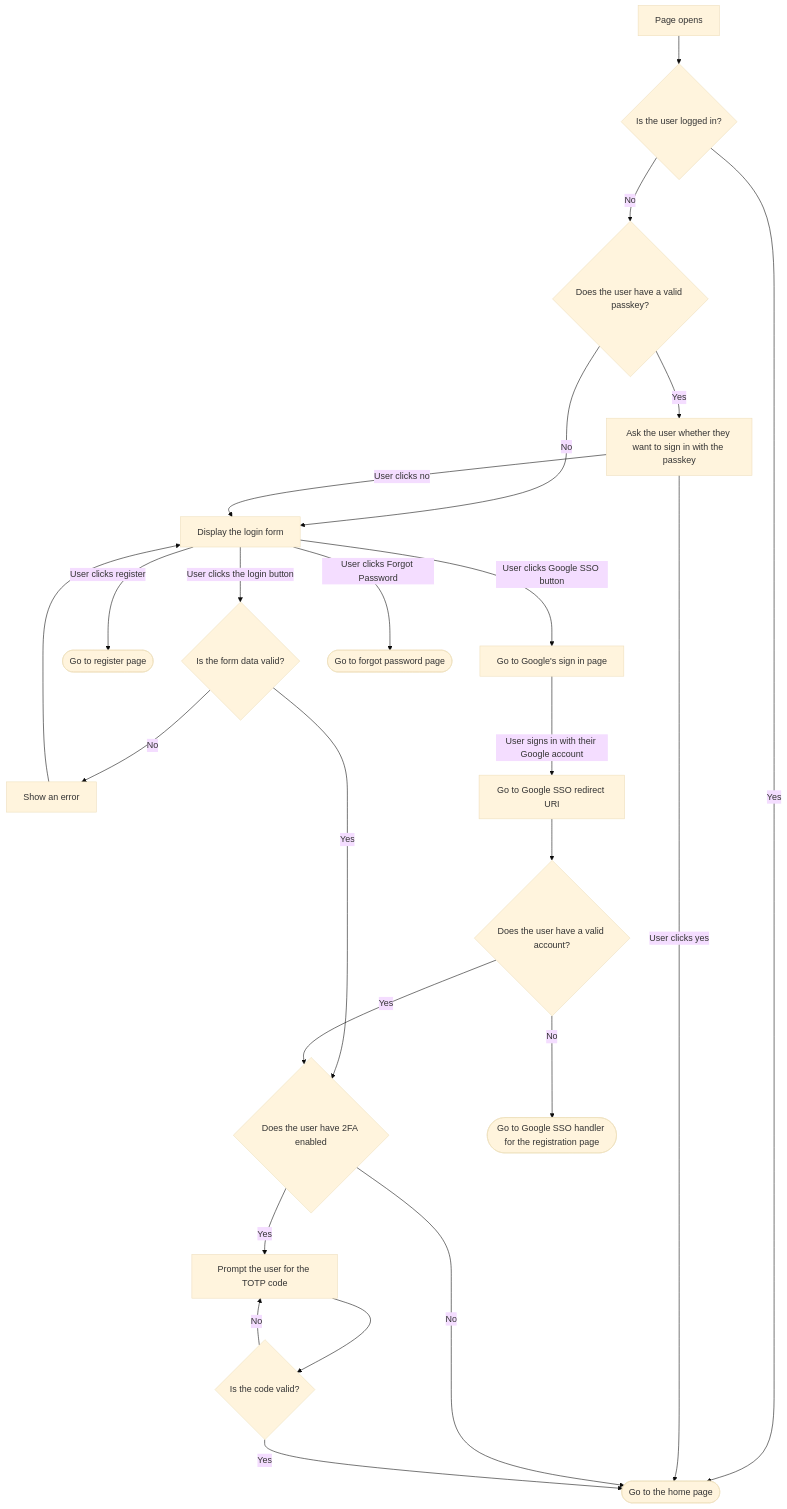
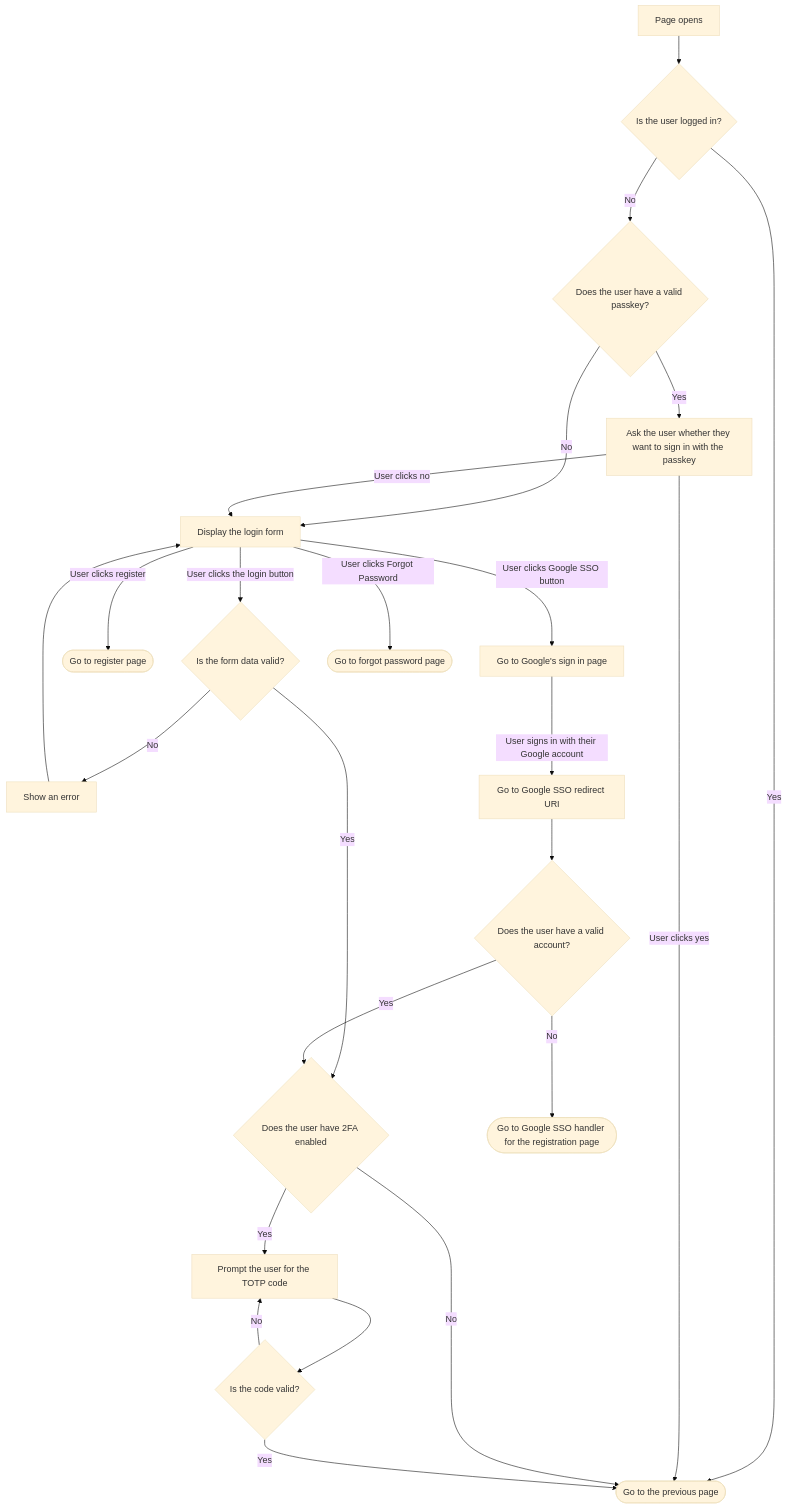
Before and after one commit to AaravMalani/specs: the first of 3 diagrams in flows/LOGIN.md, drawn with Mermaid (base theme). The commit also changed other lines of this file, not shown here.

Commit message:
chore(flows): update flow to redirect to the previous page

````diff
--- a/flows/LOGIN.md
+++ b/flows/LOGIN.md
@@ -13,49 +13,49 @@
 ```mermaid
 flowchart TD
 
     A[Page opens] --> B{Is the user logged in?}
 
-    B -->|Yes| C([Go to the home page])
+    B -->|Yes| C([Go to the previous page])
 
     B -->|No| K{Does the user have a valid passkey?}
 
     K -->|Yes| L[Ask the user whether they want to sign in with the passkey]
 
     K -->|No| D[Display the login form]
 
     L -->|User clicks no| D
 
     L -->|User clicks yes| C
 
     D -->|User clicks the login button| E{Is the form data valid?}
 
     E -->|No| F[Show an error]
 
     E -->|Yes| H{Does the user have 2FA enabled}
 
     H -->|Yes| I[Prompt the user for the TOTP code]
 
     H -->|No| C
 
     I --> J{Is the code valid?}
 
     J -->|Yes| C
 
     J -->|No| I
 
     F --> D
 
     D -->|User clicks register| G([Go to register page])
 
     D -->|User clicks Google SSO button| M[Go to Google's sign in page]
 
     M -->|User signs in with their Google account| N[Go to Google SSO redirect URI]
     
     N --> O{Does the user have a valid account?}
     
     O -->|Yes| H
     
     O -->|No| P([Go to Google SSO handler for the registration page])
 
     D -->|User clicks Forgot Password| Q([Go to forgot password page])
 ```
````
